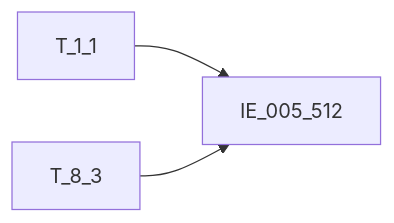
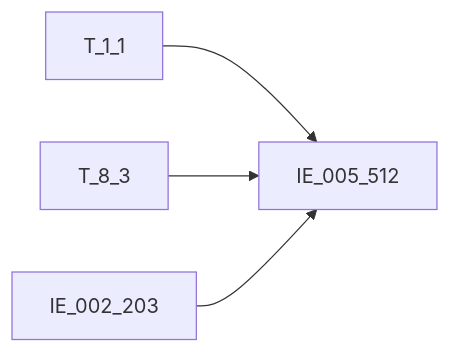
The diagram in regulatory-data-lab/知识库/血缘/EAST5.0系统/血缘-IE_005_512-垫款登记表-EAST5.0系统.md (zhoujk1989-arch/Obsidian), drawn with Mermaid before and after one commit. The commit also changed other lines of this file and 22 other files, not shown here.

````diff
--- a/regulatory-data-lab/知识库/血缘/EAST5.0系统/血缘-IE_005_512-垫款登记表-EAST5.0系统.md
+++ b/regulatory-data-lab/知识库/血缘/EAST5.0系统/血缘-IE_005_512-垫款登记表-EAST5.0系统.md
@@ -81,5 +87,6 @@
 ```mermaid
 flowchart LR
     S1["T_1_1"] --> T["IE_005_512"]
     S2["T_8_3"] --> T["IE_005_512"]
+    S3["IE_002_203"] --> T["IE_005_512"]
 ```
````
